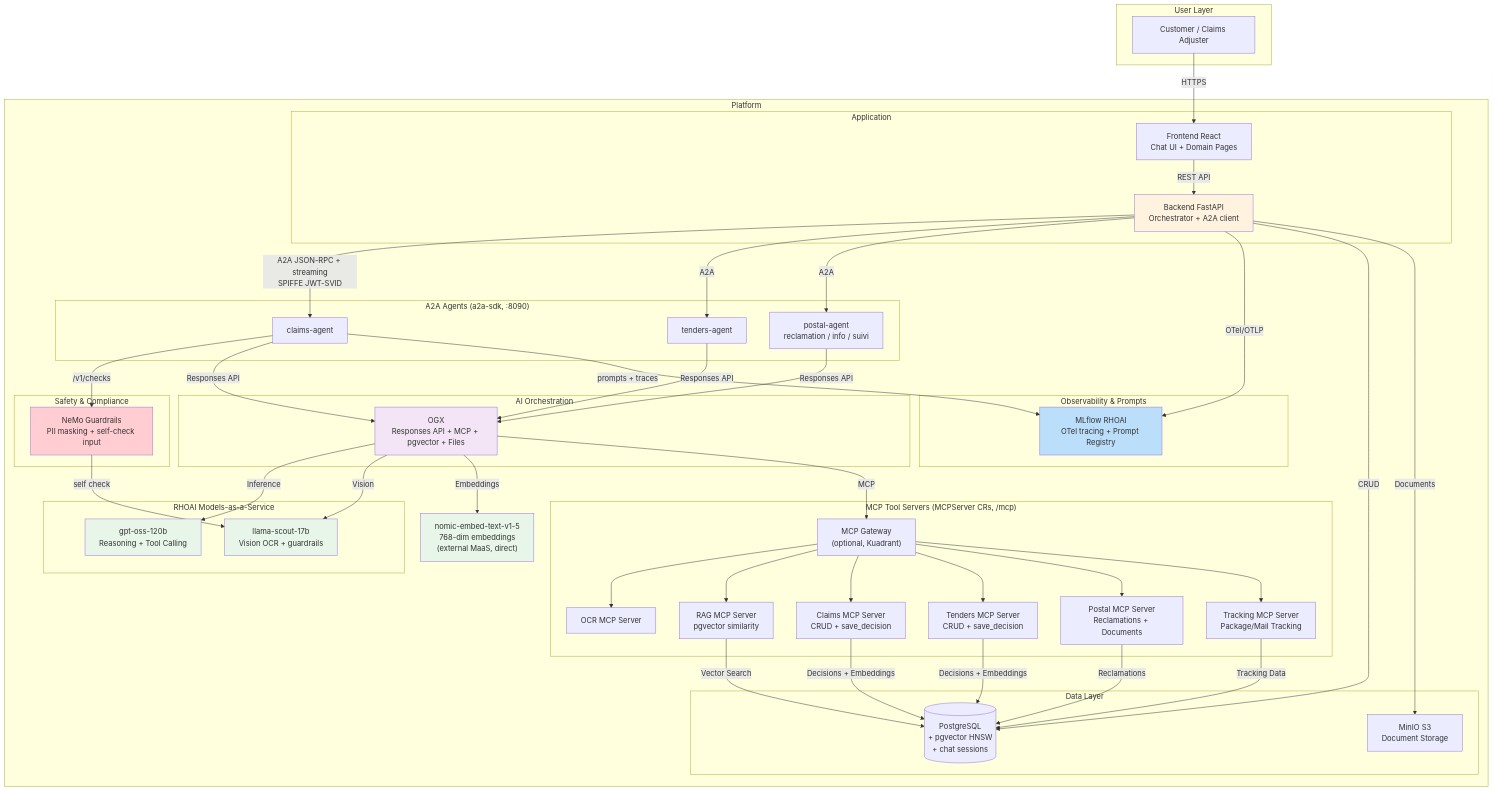
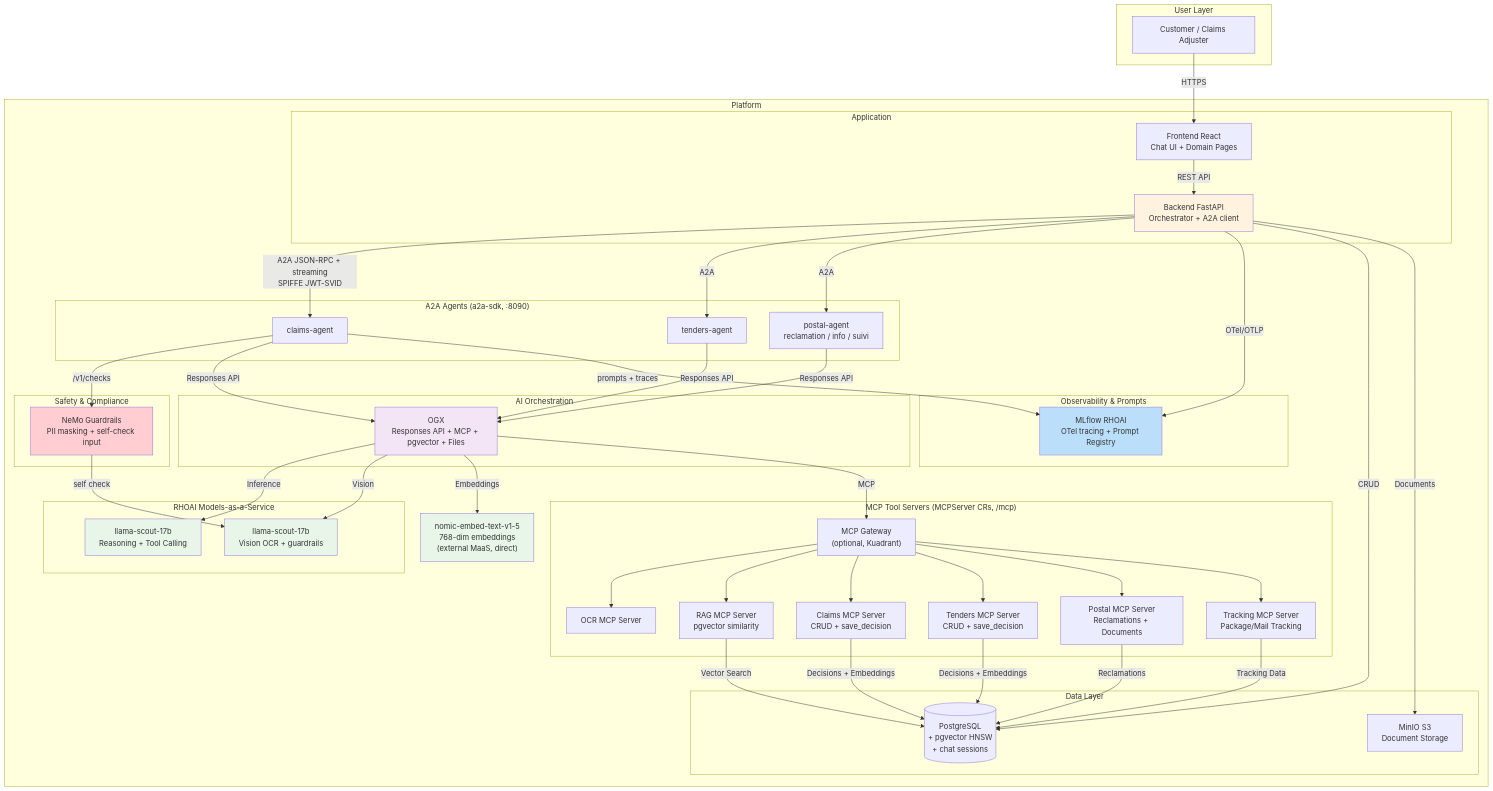
Before and after one commit to mouachan/multi-agents: the diagram in README.md, drawn with Mermaid. The commit also changed other lines of this file and 5 other files, not shown here.

First line of the commit message:
feat: llama-scout for reasoning, readable PII placeholders, setup guide from a real install

```diff
--- a/README.md
+++ b/README.md
@@ -202,7 +202,7 @@
         end
 
         subgraph "RHOAI Models-as-a-Service"
-            LLM["gpt-oss-120b<br/>Reasoning + Tool Calling"]
+            LLM["llama-scout-17b<br/>Reasoning + Tool Calling"]
             VIS["llama-scout-17b<br/>Vision OCR + guardrails"]
         end
 
```
